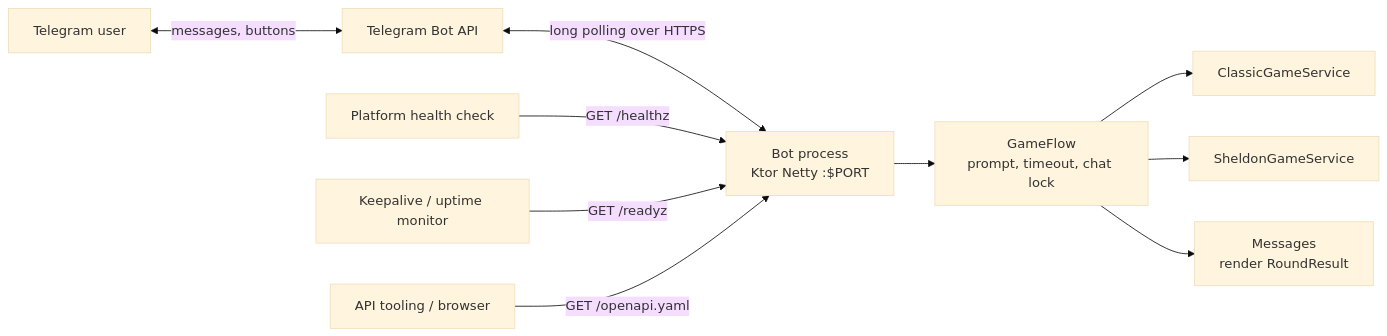
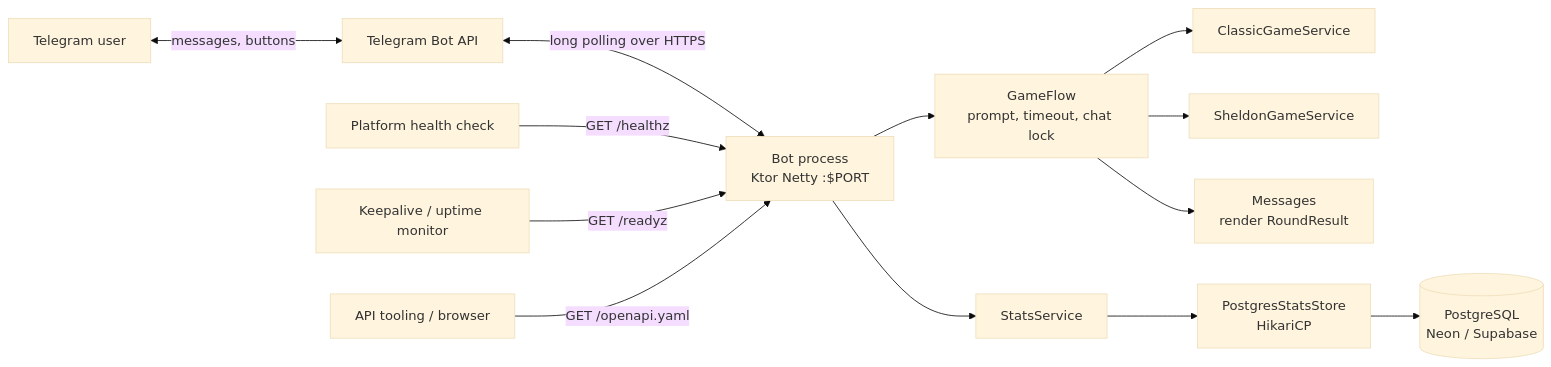
Before and after one commit to Giancarmine/rock-paper-scissors-lizard-spock-bot: the first of 4 diagrams in docs/ARCHITECTURE.md, drawn with Mermaid (base theme). The commit also changed other lines of this file and 29 other files, not shown here.

First line of the commit message:
feat: add optional PostgreSQL player stats and leaderboards

````diff
--- a/docs/ARCHITECTURE.md
+++ b/docs/ARCHITECTURE.md
@@ -8,12 +8,15 @@
 ```mermaid
 flowchart LR
     User[Telegram user] <-->|messages, buttons| TG[Telegram Bot API]
     TG <-->|long polling over HTTPS| Bot[Bot process<br/>Ktor Netty :$PORT]
     Health[Platform health check] -->|GET /healthz| Bot
     Monitor[Keepalive / uptime monitor] -->|GET /readyz| Bot
     Tooling[API tooling / browser] -->|GET /openapi.yaml| Bot
     Bot --> Flow[GameFlow<br/>prompt, timeout, chat lock]
     Flow --> Classic[ClassicGameService]
     Flow --> Sheldon[SheldonGameService]
     Flow --> Messages[Messages<br/>render RoundResult]
+    Bot --> Stats[StatsService]
+    Stats --> Store[PostgresStatsStore<br/>HikariCP]
+    Store --> DB[(PostgreSQL<br/>Neon / Supabase)]
 ```
````
